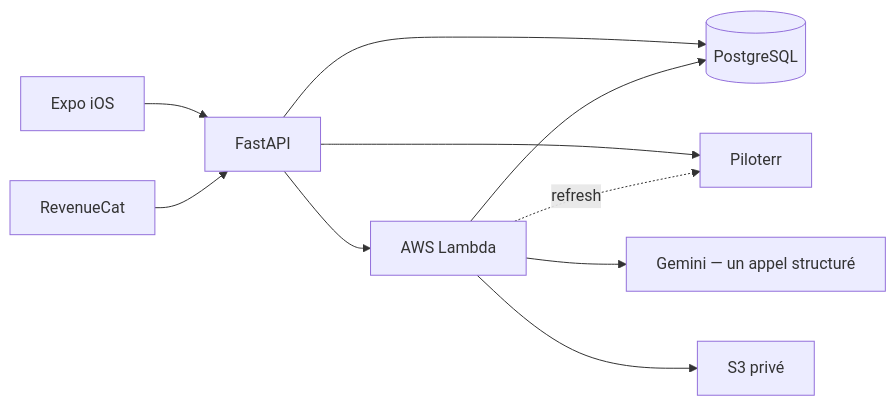
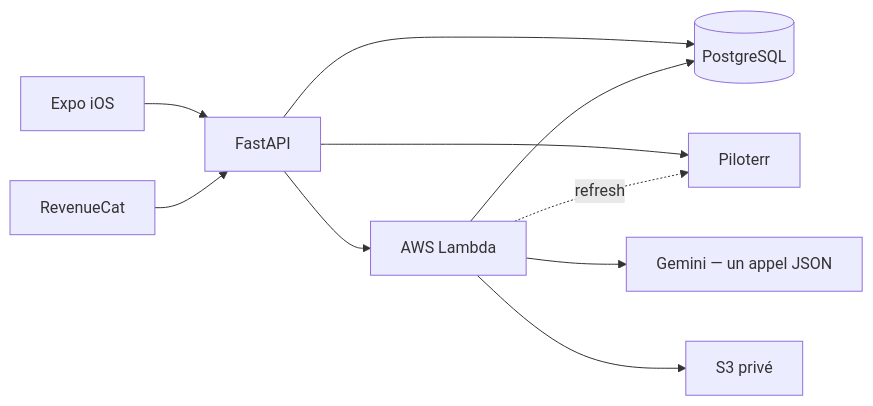
Before and after one commit to Zinoug/dealup: the diagram in README.md, drawn with Mermaid. The commit also changed other lines of this file and 155 other files, not shown here.

````diff
--- a/README.md
+++ b/README.md
@@ -27,12 +27,12 @@
 ```mermaid
 flowchart LR
     M["Expo iOS"] --> API["FastAPI"]
     API --> DB[("PostgreSQL")]
     API --> P["Piloterr"]
     API --> L["AWS Lambda"]
-    L --> G["Gemini — un appel structuré"]
+    L --> G["Gemini — un appel JSON"]
     L --> S3["S3 privé"]
     L -. "refresh" .-> P
     L --> DB
     R["RevenueCat"] --> API
 ```
````
